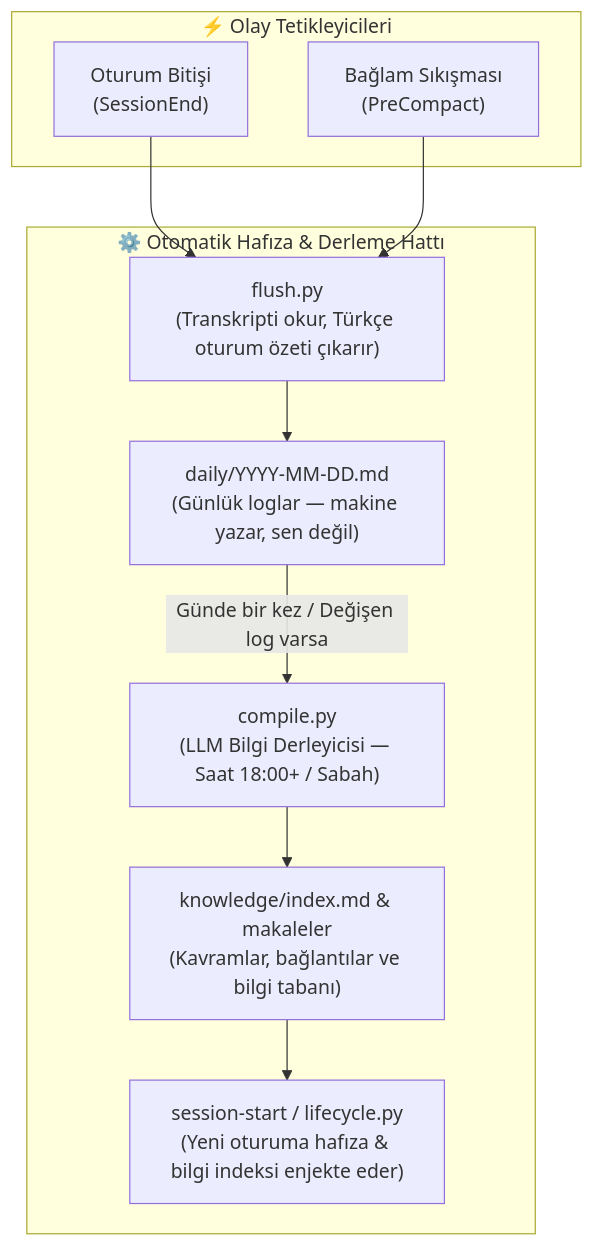
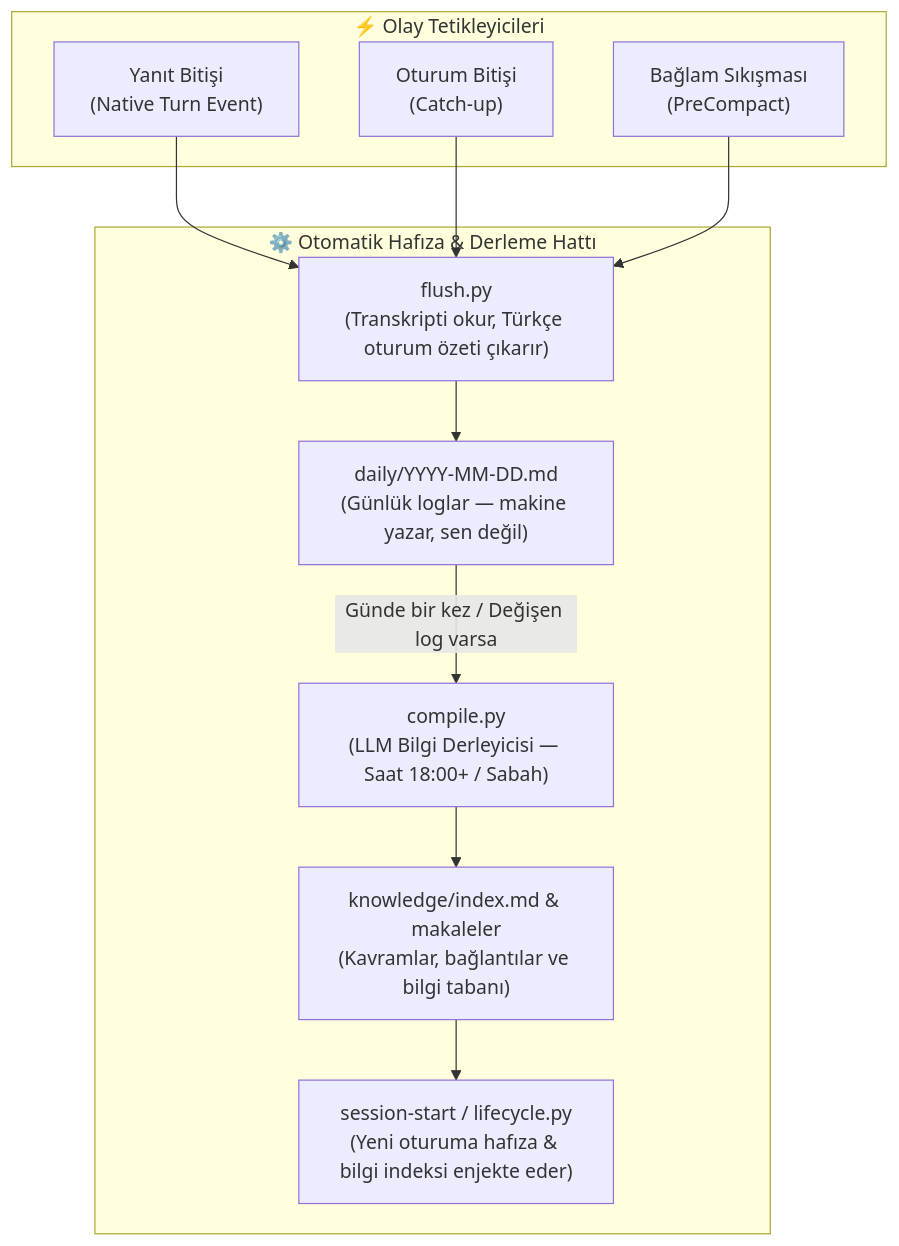
One commit to respected0/respected-brain changed the fourth of 4 diagrams in README.md. Above: the diagram before and after it, drawn with Mermaid. The commit also changed other lines of this file and 51 other files, not shown here.

````diff
--- a/README.md
+++ b/README.md
@@ -427,21 +435,22 @@
 ```mermaid
 flowchart TD
     subgraph Trigger ["⚡ Olay Tetikleyicileri"]
-        SE["Oturum Bitişi<br/>(SessionEnd)"]
+        TURN["Yanıt Bitişi<br/>(Native Turn Event)"]
+        SE["Oturum Bitişi<br/>(Catch-up)"]
         PC["Bağlam Sıkışması<br/>(PreCompact)"]
     end
 
     subgraph Pipeline ["⚙️ Otomatik Hafıza & Derleme Hattı"]
         FLUSH["flush.py<br/>(Transkripti okur, Türkçe oturum özeti çıkarır)"]
         DAILY["daily/YYYY-MM-DD.md<br/>(Günlük loglar — makine yazar, sen değil)"]
         COMPILE["compile.py<br/>(LLM Bilgi Derleyicisi — Saat 18:00+ / Sabah)"]
         KNOW["knowledge/index.md & makaleler<br/>(Kavramlar, bağlantılar ve bilgi tabanı)"]
         INJECT["session-start / lifecycle.py<br/>(Yeni oturuma hafıza & bilgi indeksi enjekte eder)"]
     end
 
-    SE & PC --> FLUSH
+    TURN & SE & PC --> FLUSH
     FLUSH --> DAILY
     DAILY -->|Günde bir kez / Değişen log varsa| COMPILE
     COMPILE --> KNOW
     KNOW --> INJECT
 ```
````
